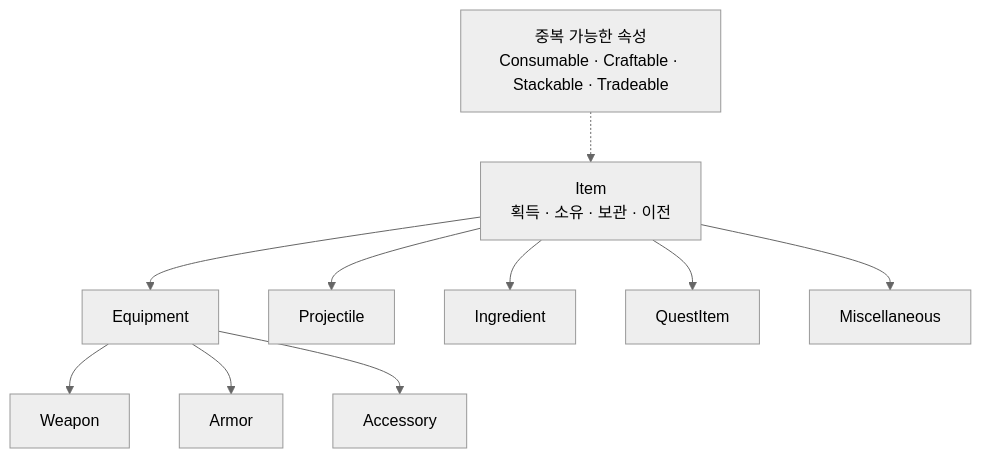
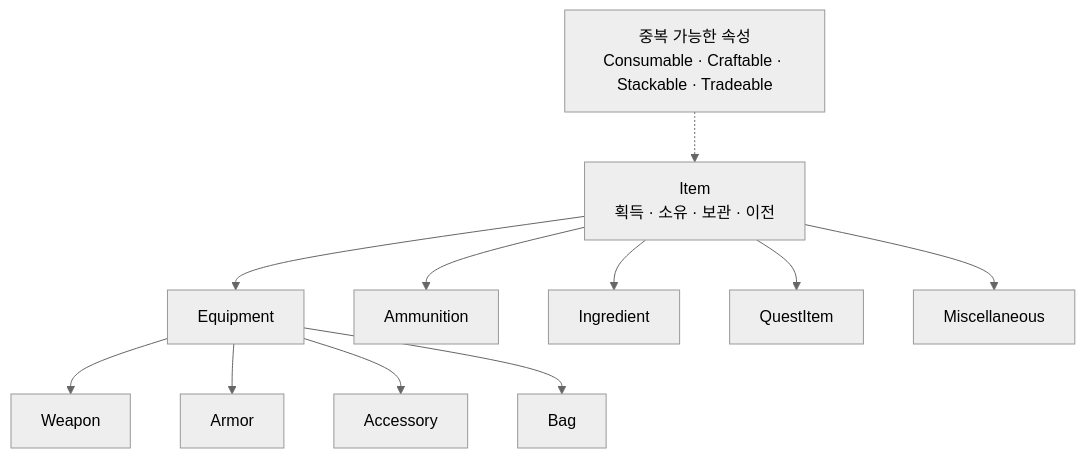
The diagram in Wiki/03_시스템 설계/객체 설계/Item.md (liang2papa/Astra_Docs), drawn with Mermaid (neutral theme) before and after one commit. The commit also changed other lines of this file and 19 other files, not shown here.

````diff
--- a/Wiki/03_시스템 설계/객체 설계/Item.md
+++ b/Wiki/03_시스템 설계/객체 설계/Item.md
@@ -3,12 +3,13 @@
 ```mermaid
 flowchart TD
     Item["Item<br/>획득 · 소유 · 보관 · 이전"] --> Equipment["Equipment"]
     Equipment --> Weapon["Weapon"]
     Equipment --> Armor["Armor"]
     Equipment --> Accessory["Accessory"]
-    Item --> Projectile["Projectile"]
+    Equipment --> Bag["Bag"]
+    Item --> Ammunition["Ammunition"]
     Item --> Ingredient["Ingredient"]
     Item --> Quest["QuestItem"]
     Item --> Misc["Miscellaneous"]
     Traits["중복 가능한 속성<br/>Consumable · Craftable · Stackable · Tradeable"] -.-> Item
 ```
````
